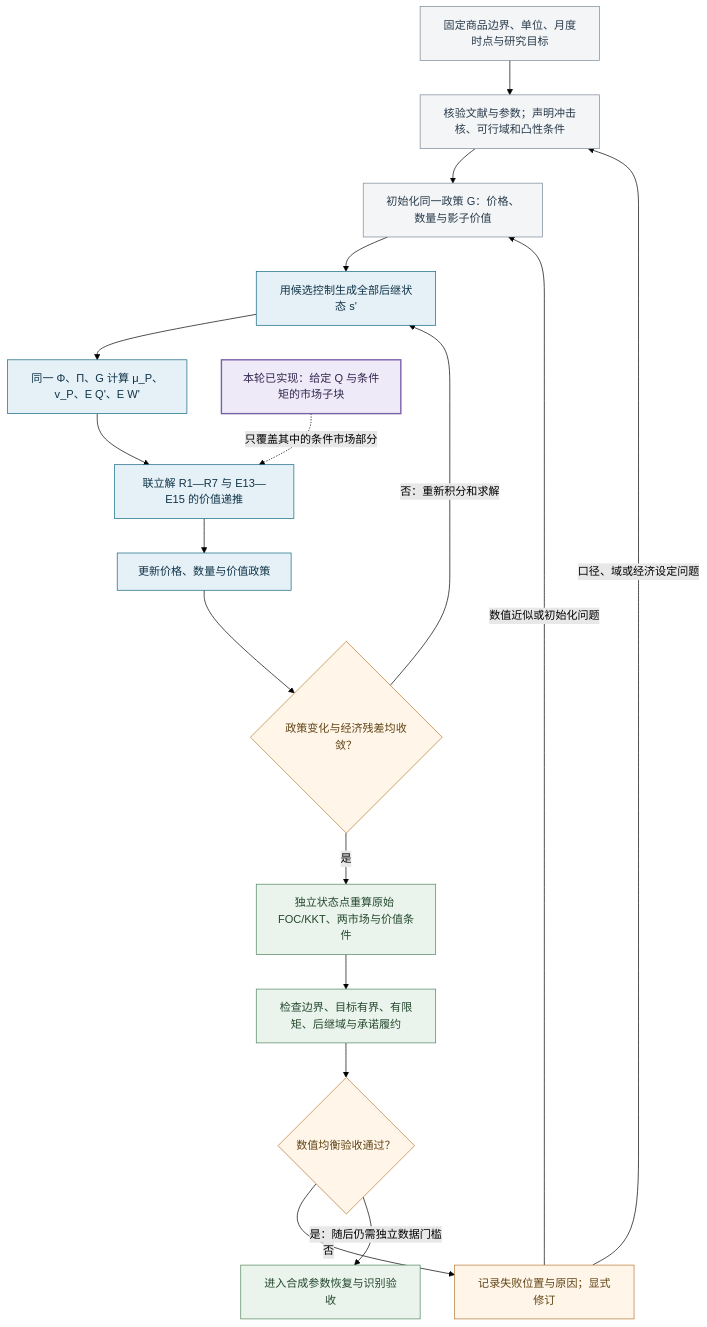
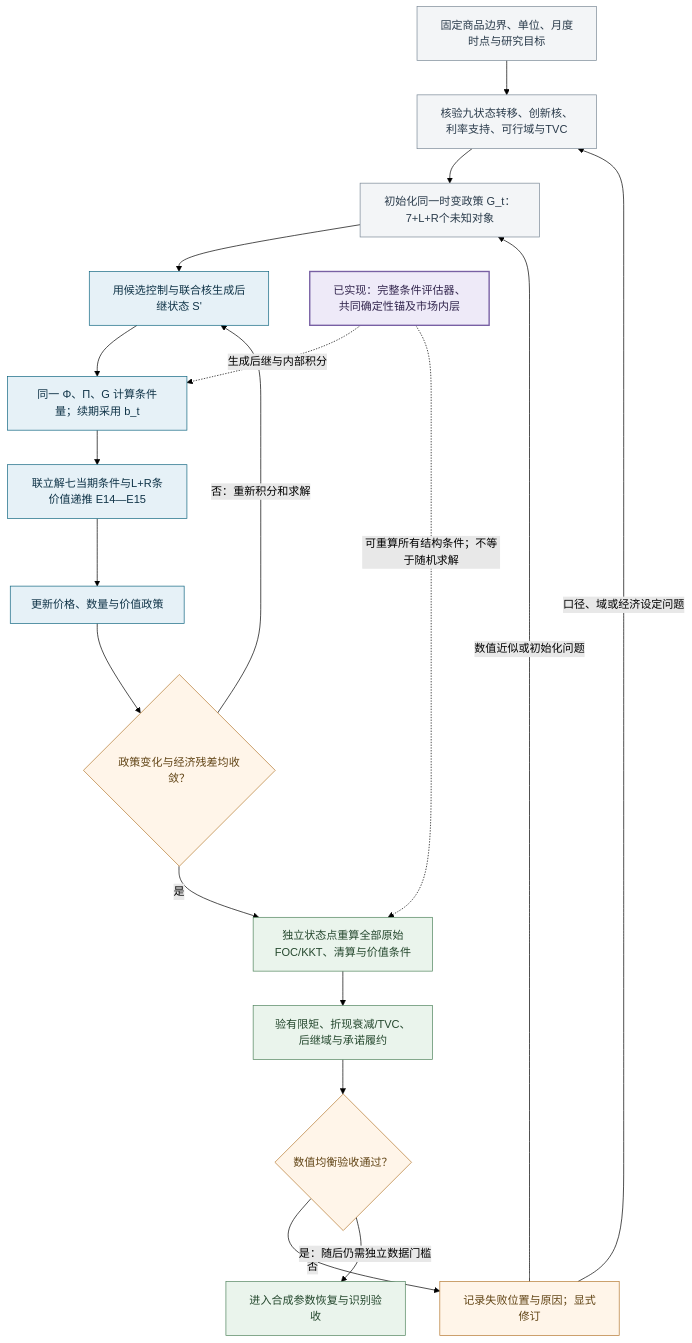
Before and after one commit to richardssheik107-hub/DSGE-LC: the diagram in docs/figures/03_solution_workflow.mmd, drawn with Mermaid (forest theme). The commit also changed other lines of this file and 35 other files, not shown here.

```diff
--- a/docs/figures/03_solution_workflow.mmd
+++ b/docs/figures/03_solution_workflow.mmd
@@ -1,43 +1,44 @@
 flowchart TB
     SCOPE["固定商品边界、单位、月度时点与研究目标"]
-    INPUT["核验文献与参数；声明冲击核、可行域和凸性条件"]
-    INIT["初始化同一政策 G：价格、数量与影子价值"]
-    NEXT["用候选控制生成全部后继状态 s'"]
-    MOM["同一 Φ、Π、G 计算 μ_P、v_P、E Q'、E W'"]
-    MCP["联立解 R1—R7 与 E13—E15 的价值递推"]
+    INPUT["核验九状态转移、创新核、利率支持、可行域与TVC"]
+    INIT["初始化同一时变政策 G_t：7+L+R个未知对象"]
+    NEXT["用候选控制与联合核生成后继状态 S'"]
+    MOM["同一 Φ、Π、G 计算条件量；续期采用 b_t"]
+    MCP["联立解七当期条件与L+R条价值递推 E14—E15"]
     UPDATE["更新价格、数量与价值政策"]
     CONV{"政策变化与经济残差均收敛？"}
-    CHECK["独立状态点重算原始 FOC/KKT、两市场与价值条件"]
-    DOMAIN["检查边界、目标有界、有限矩、后继域与承诺履约"]
+    CHECK["独立状态点重算全部原始FOC/KKT、清算与价值条件"]
+    DOMAIN["验有限矩、折现衰减/TVC、后继域与承诺履约"]
     PASS{"数值均衡验收通过？"}
     FAIL["记录失败位置与原因；显式修订"]
     IDENT["进入合成参数恢复与识别验收"]
-    INNER["本轮已实现：给定 Q 与条件矩的市场子块"]
+    CODE["已实现：完整条件评估器、共同确定性锚及市场内层"]
 
     SCOPE --> INPUT
     INPUT --> INIT
     INIT --> NEXT
     NEXT --> MOM
     MOM --> MCP
     MCP --> UPDATE
     UPDATE --> CONV
     CONV -->|"否：重新积分和求解"| NEXT
     CONV -->|"是"| CHECK
     CHECK --> DOMAIN
     DOMAIN --> PASS
     PASS -->|"否"| FAIL
     FAIL -->|"数值近似或初始化问题"| INIT
     FAIL -->|"口径、域或经济设定问题"| INPUT
     PASS -->|"是：随后仍需独立数据门槛"| IDENT
-    INNER -.->|"只覆盖其中的条件市场部分"| MCP
+    CODE -.->|"生成后继与内部积分"| MOM
+    CODE -.->|"可重算所有结构条件；不等于随机求解"| CHECK
 
     classDef setup fill:#f3f5f7,stroke:#7b8997,color:#2a3b4b;
     classDef solve fill:#e6f1f7,stroke:#126782,color:#103448;
     classDef verify fill:#eaf4ec,stroke:#51855e,color:#25482e;
     classDef gate fill:#fff5e9,stroke:#b57931,color:#614415;
     classDef implemented fill:#eeeaf8,stroke:#7860a4,stroke-width:2px,color:#33264e;
     class SCOPE,INPUT,INIT setup;
     class NEXT,MOM,MCP,UPDATE solve;
     class CHECK,DOMAIN,IDENT verify;
     class CONV,PASS,FAIL gate;
-    class INNER implemented;
+    class CODE implemented;
```
